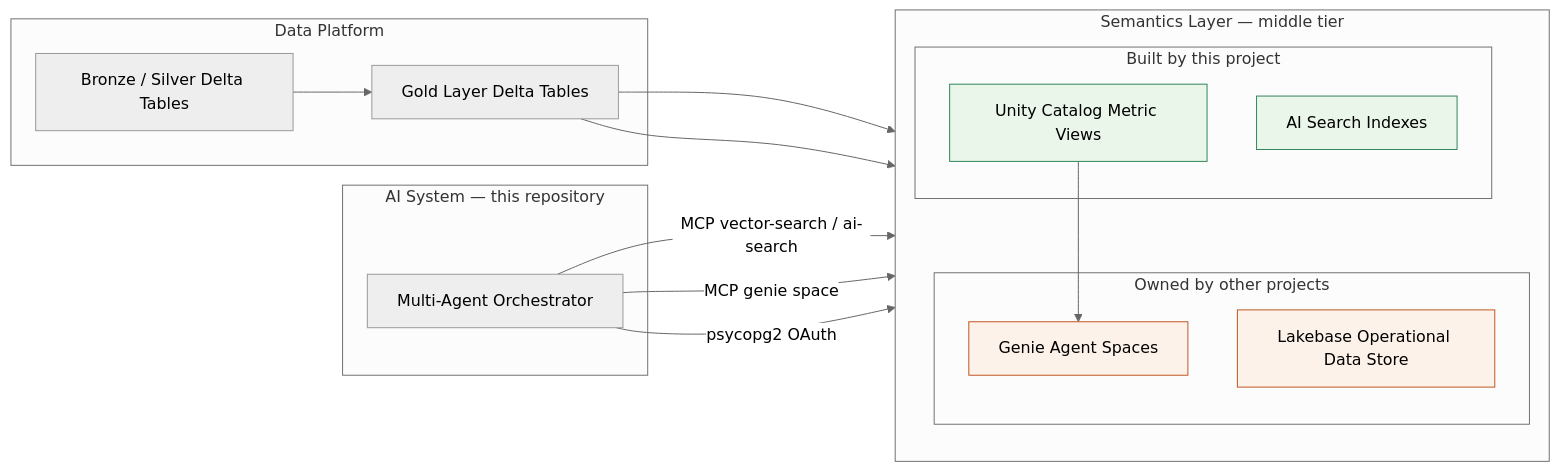
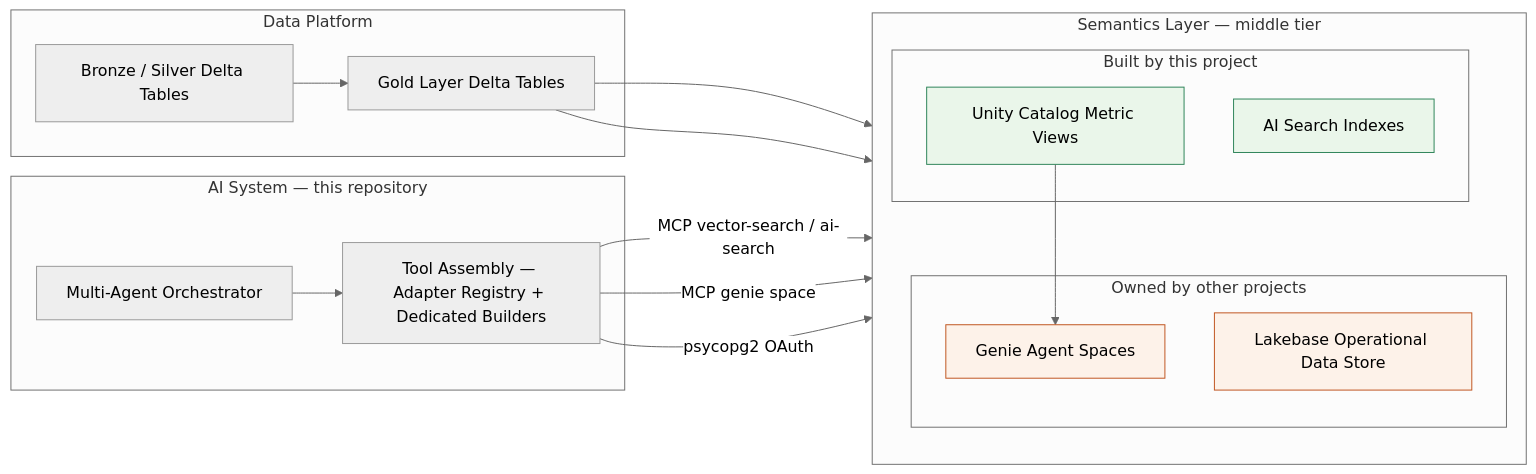
One commit to wchen-dea/Governed-Multi-Agent-Intelligence-on-Databricks changed the diagram in docs/architecture/semantics-layer-design.md. Above: the diagram before and after it, drawn with Mermaid (neutral theme). The commit also changed 13 other files, not shown here.

````diff
--- a/docs/architecture/semantics-layer-design.md
+++ b/docs/architecture/semantics-layer-design.md
@@ -16,36 +16,38 @@
 ```mermaid
 flowchart LR
     subgraph Platform[Data Platform]
         BRONZE[Bronze / Silver Delta Tables]
         GOLD[Gold Layer Delta Tables]
     end
 
     subgraph Semantics[Semantics Layer — middle tier]
         direction TB
         subgraph InScope[Built by this project]
             IDX[AI Search Indexes]
             MV[Unity Catalog Metric Views]
         end
         subgraph OutOfScope[Owned by other projects]
             GENIE[Genie Agent Spaces]
             LAKEBASE[Lakebase Operational Data Store]
         end
     end
 
     subgraph AISystem[AI System — this repository]
         ORCH[Multi-Agent Orchestrator]
+        ASM[Tool Assembly — Adapter Registry + Dedicated Builders]
     end
 
     BRONZE --> GOLD
     GOLD --> IDX
     GOLD --> MV
     MV --> GENIE
-    ORCH -->|MCP vector-search / ai-search| IDX
-    ORCH -->|MCP genie space| GENIE
-    ORCH -->|psycopg2 OAuth| LAKEBASE
+    ORCH --> ASM
+    ASM -->|MCP vector-search / ai-search| IDX
+    ASM -->|MCP genie space| GENIE
+    ASM -->|psycopg2 OAuth| LAKEBASE
 
     classDef inscope fill:#eaf6ea,stroke:#2f855a,stroke-width:1px;
     classDef outscope fill:#fdf2e9,stroke:#c05621,stroke-width:1px;
     class IDX,MV inscope;
     class GENIE,LAKEBASE outscope;
 ```
````
